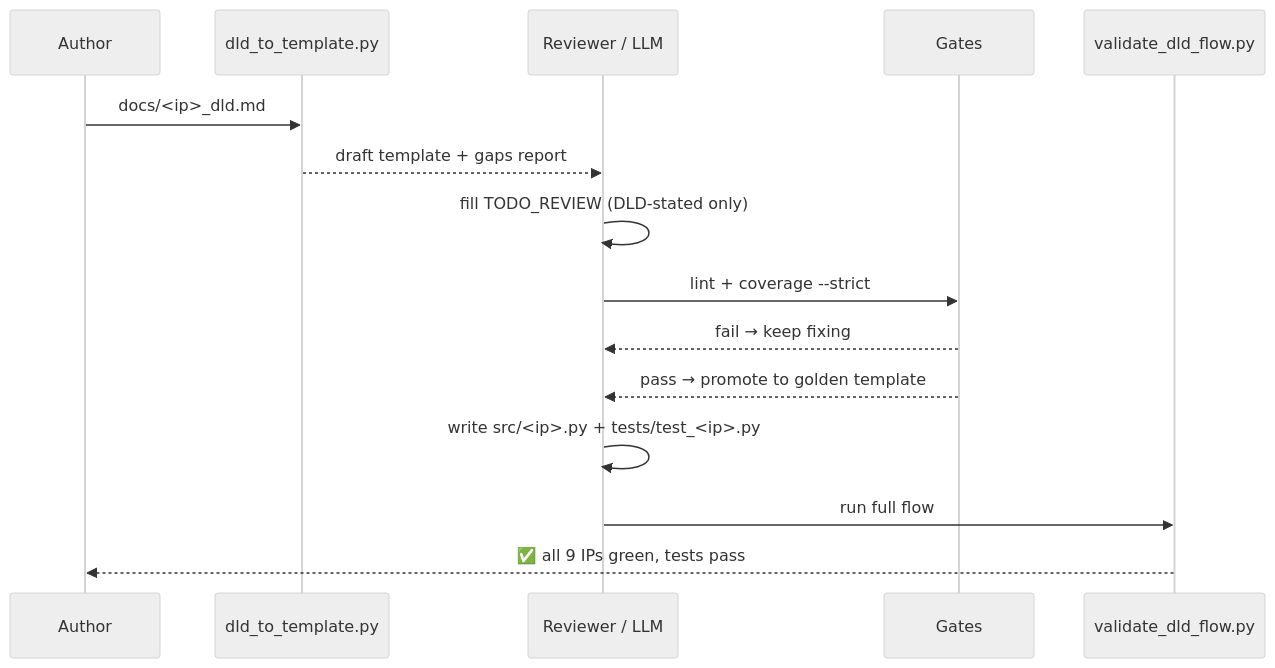
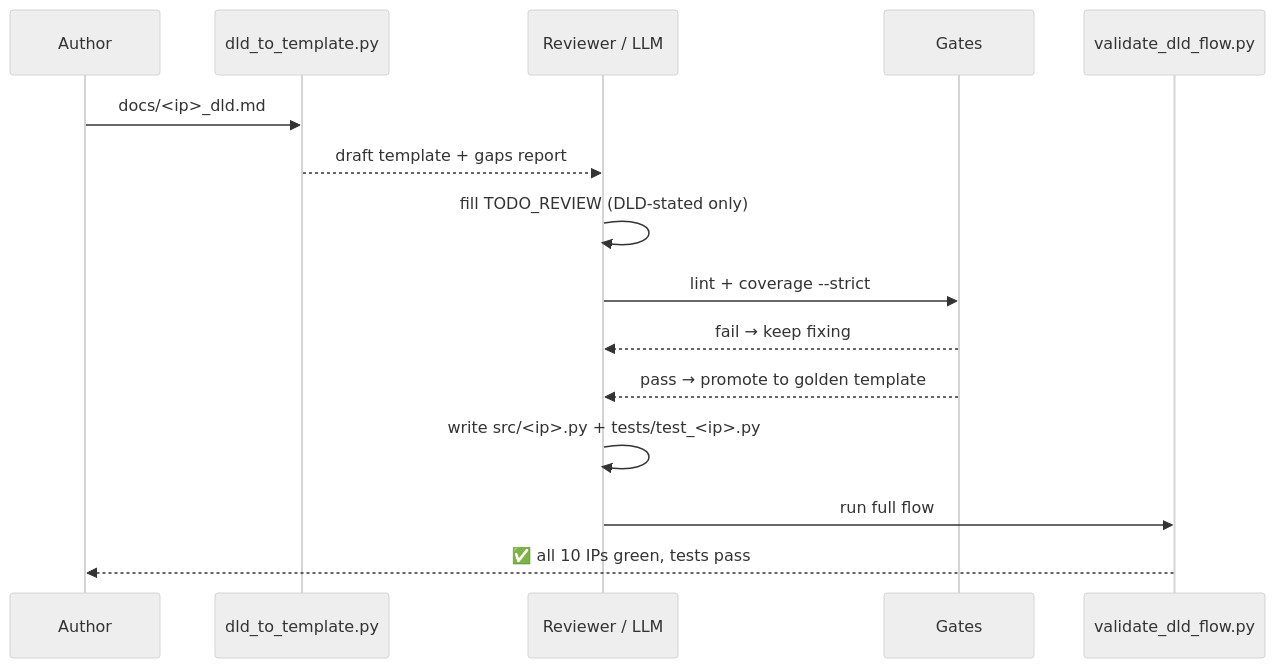
The eighth of 8 diagrams in docs/pipeline_overview.md (kushkumar16/ip_model_automation), drawn with Mermaid (neutral theme) before and after one commit. The commit also changed other lines of this file and 8 other files, not shown here.

````diff
--- a/docs/pipeline_overview.md
+++ b/docs/pipeline_overview.md
@@ -305,18 +305,18 @@
 ```mermaid
 sequenceDiagram
     participant U as Author
     participant X as dld_to_template.py
     participant R as Reviewer / LLM
     participant G as Gates
     participant V as validate_dld_flow.py
 
     U->>X: docs/<ip>_dld.md
     X-->>R: draft template + gaps report
     R->>R: fill TODO_REVIEW (DLD-stated only)
     R->>G: lint + coverage --strict
     G-->>R: fail → keep fixing
     G-->>R: pass → promote to golden template
     R->>R: write src/<ip>.py + tests/test_<ip>.py
     R->>V: run full flow
-    V-->>U: ✅ all 9 IPs green, tests pass
+    V-->>U: ✅ all 10 IPs green, tests pass
 ```
````
